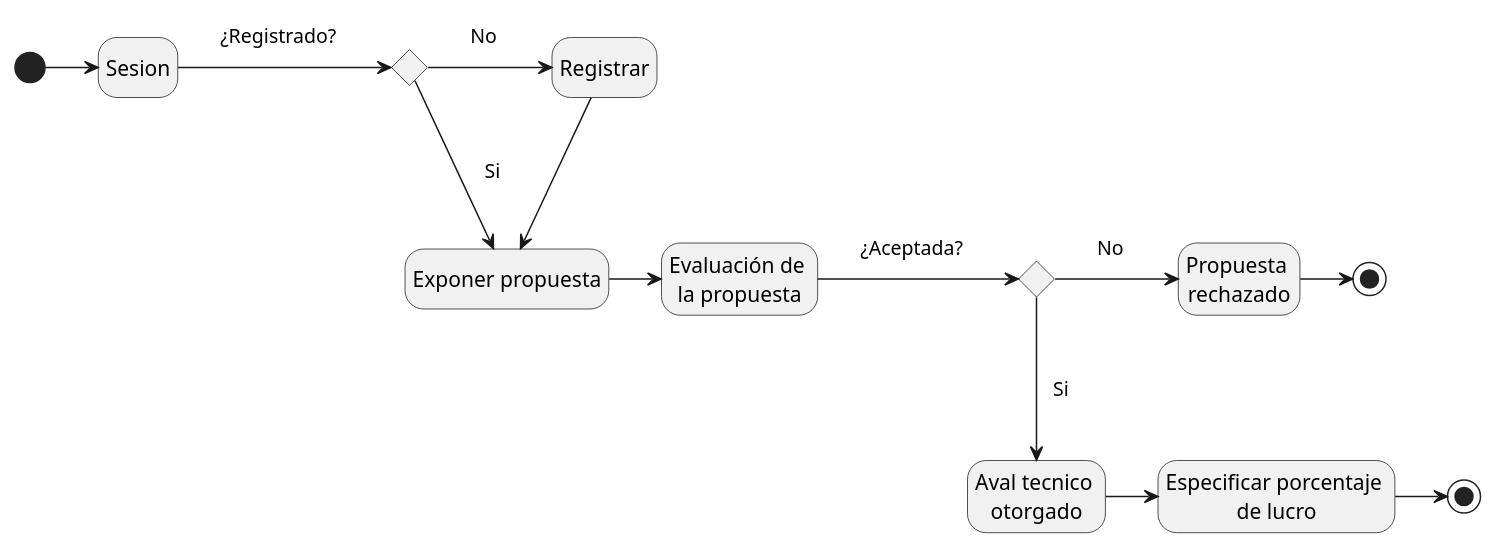
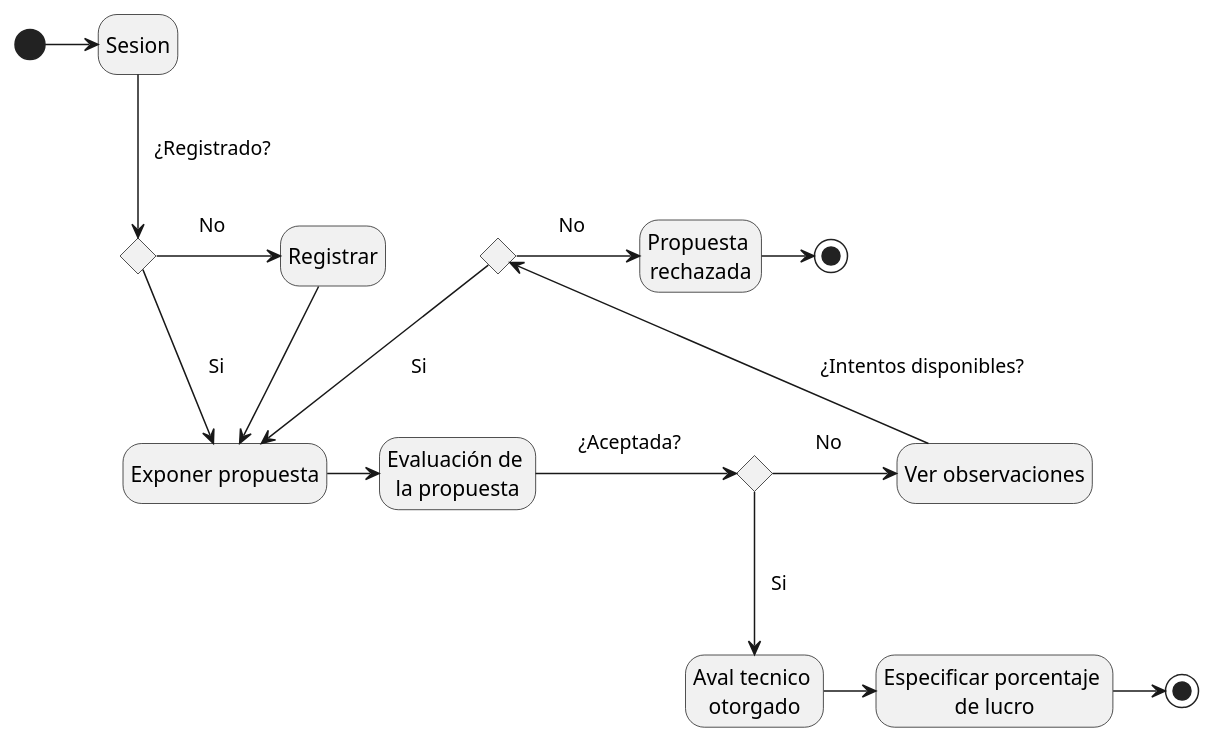
One commit to edwynG/Proyecto-ingenieria-del-software changed the diagram in docs/scenariosView/StatusDiagrams.plantuml. Above: the diagram before and after it, drawn with PlantUML. The commit also changed 1 other file, not shown here.

```diff
--- a/docs/scenariosView/StatusDiagrams.plantuml
+++ b/docs/scenariosView/StatusDiagrams.plantuml
@@ -1,36 +1,44 @@
 @startuml ProcedoDeNegocio
 skinparam NoteBackgroundColor transparent
 skinparam NoteBorderColor transparent
 hide empty description
 state Sesion
 state conditional1 <<choice>>
 state conditional2 <<choice>>
+state conditional3 <<choice>>
 state start <<start>>
 state end1 <<end>>
 state end2 <<end>>
 state Registrar 
+state "Ver observaciones" as VO
 state "Exponer propuesta" as EP
 state "Evaluación de \nla propuesta" as verification
 state "Aval tecnico \notorgado" as ATO
-state "Propuesta \nrechazado" as PR
+state "Propuesta \nrechazada" as PR
 state "Especificar porcentaje \nde lucro" as EPL
 
 start -> Sesion 
-Sesion -> conditional1
+Sesion --> conditional1
 note on link : ¿Registrado?
 conditional1 -> Registrar
 note on link : No
 Registrar  --> EP
 conditional1 -d-> EP
 note on link  : Si
 EP -> verification
 verification -> conditional2
 note on link : ¿Aceptada?
-conditional2 -> PR
+conditional2 -> VO
 note on link : No
+VO -u-> conditional3
+note on link: ¿Intentos disponibles?
+conditional3 -r--> PR
+note on link : No
+conditional3 -> EP
+note on link : Si
 PR -> end1
 conditional2 -d-> ATO
 note on link : Si
 ATO -> EPL
 EPL -> end2
 @enduml
```
